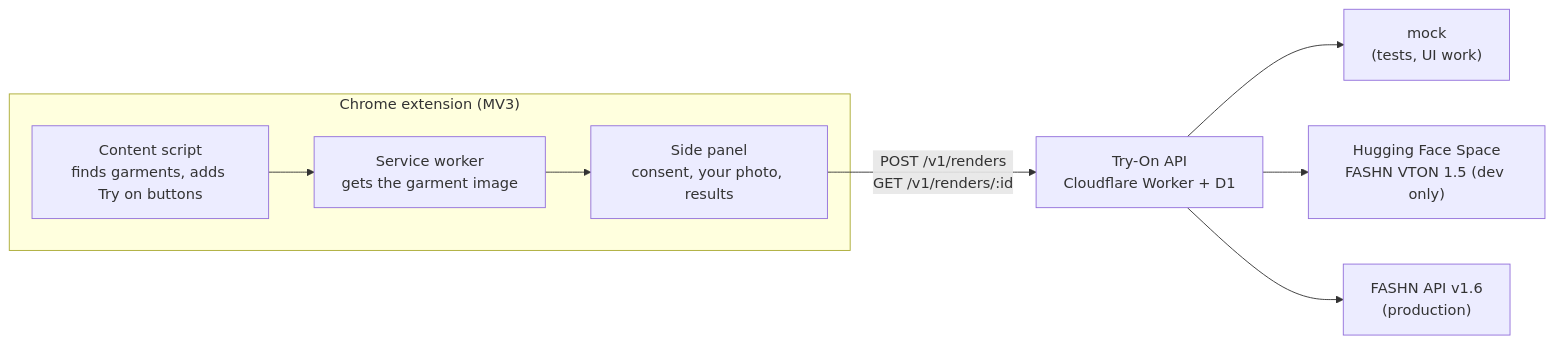
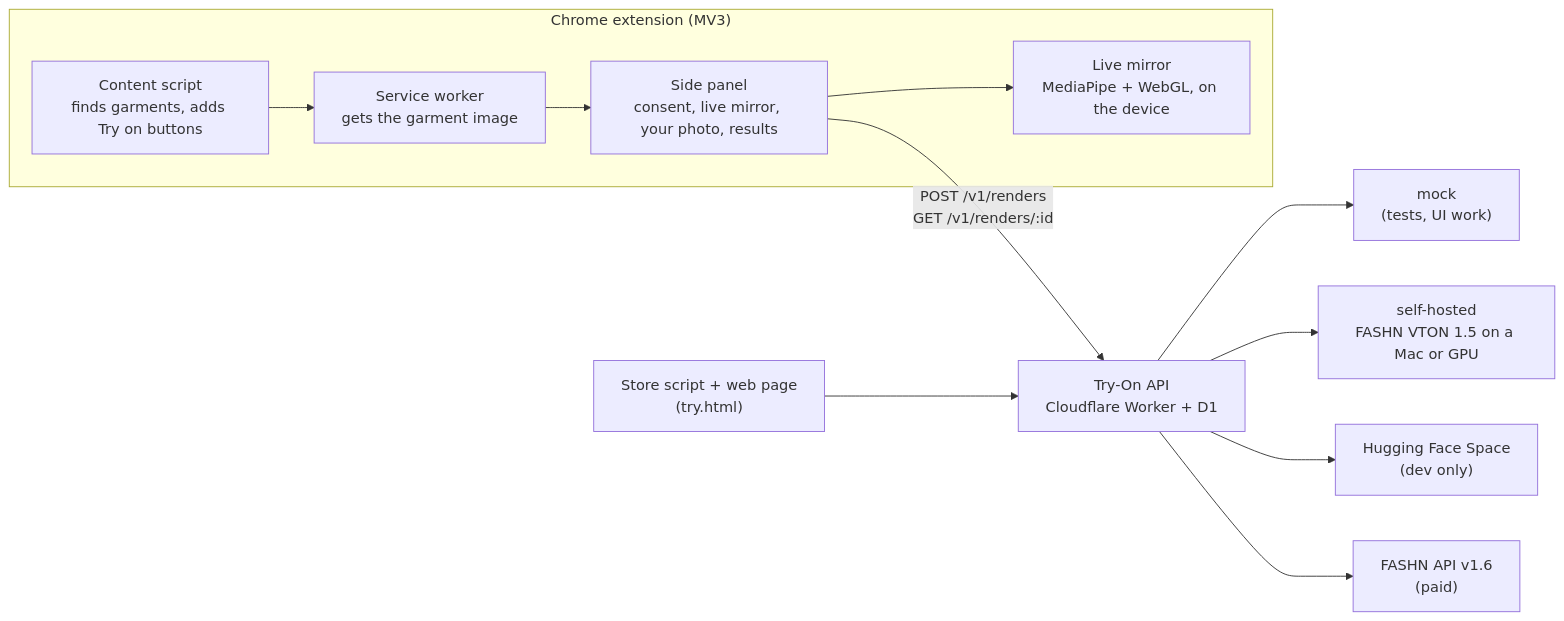
Before and after one commit to shakaibarsalan/tryon: the diagram in README.md, drawn with Mermaid. The commit also changed other lines of this file and 8 other files, not shown here.

First line of the commit message:
docs: live mirror, renders on the Mac, real-store results and the demo clip

````diff
--- a/README.md
+++ b/README.md
@@ -34,11 +70,14 @@
 ```mermaid
 flowchart LR
     subgraph Chrome["Chrome extension (MV3)"]
         CS["Content script<br/>finds garments, adds Try on buttons"] --> SW["Service worker<br/>gets the garment image"]
-        SW --> SP["Side panel<br/>consent, your photo, results"]
+        SW --> SP["Side panel<br/>consent, live mirror, your photo, results"]
+        SP --> LM["Live mirror<br/>MediaPipe + WebGL, on the device"]
     end
+    W["Store script + web page<br/>(try.html)"] --> API
     SP -- "POST /v1/renders<br/>GET /v1/renders/:id" --> API["Try-On API<br/>Cloudflare Worker + D1"]
     API --> M["mock<br/>(tests, UI work)"]
-    API --> H["Hugging Face Space<br/>FASHN VTON 1.5 (dev only)"]
-    API --> F["FASHN API v1.6<br/>(production)"]
+    API --> S["self-hosted<br/>FASHN VTON 1.5 on a Mac or GPU"]
+    API --> H["Hugging Face Space<br/>(dev only)"]
+    API --> F["FASHN API v1.6<br/>(paid)"]
 ```
````
